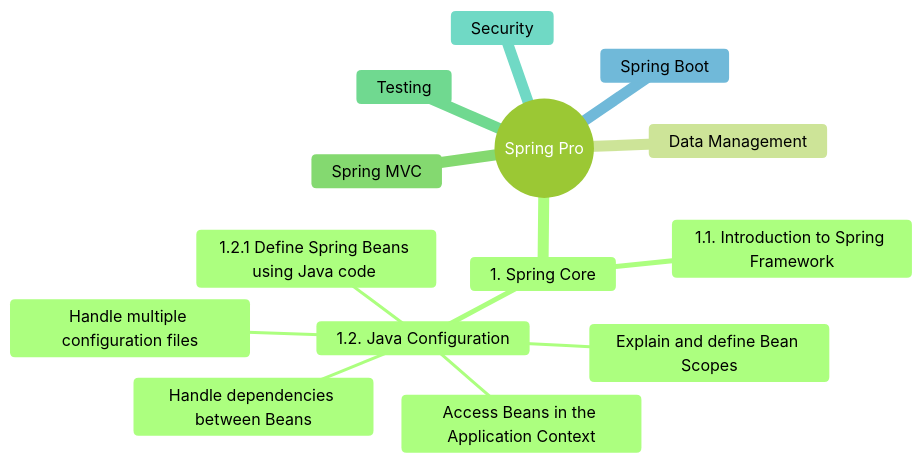
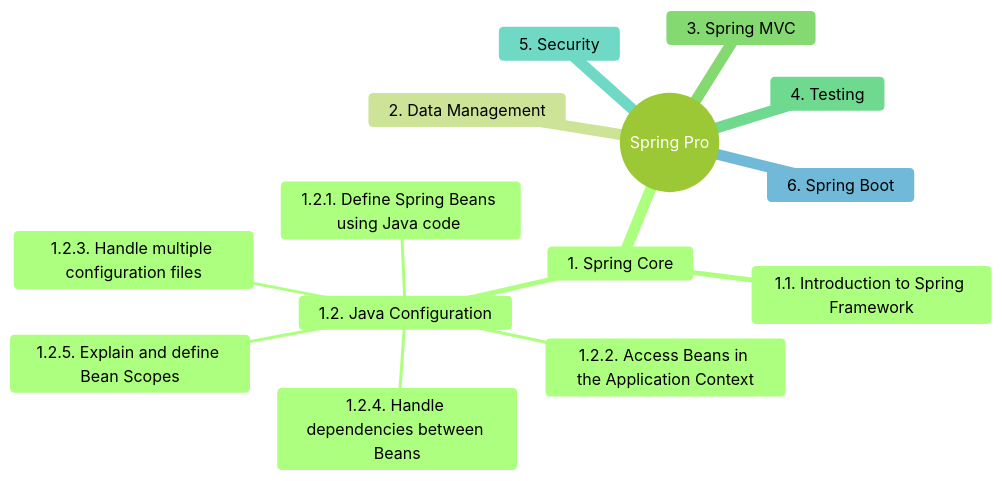
One commit to jrsmth/spring changed the diagram in README.md. Above: the diagram before and after it, drawn with Mermaid (forest theme). The commit also changed other lines of this file, not shown here.

Commit message:
[SCP-0] Revision set-up

````diff
--- a/README.md
+++ b/README.md
@@ -17,17 +20,17 @@
 ```mermaid
 mindmap
   root((Spring Pro))
     1. Spring Core
       1.1. Introduction to Spring Framework
       1.2. Java Configuration
-        1.2.1 Define Spring Beans using Java code 
-        Access Beans in the Application Context
-        Handle multiple configuration files
-        Handle dependencies between Beans
-        Explain and define Bean Scopes
-    Data Management
-    Spring MVC
-    Testing
-    Security
-    Spring Boot
+        1.2.1. Define Spring Beans using Java code 
+        1.2.2. Access Beans in the Application Context
+        1.2.3. Handle multiple configuration files
+        1.2.4. Handle dependencies between Beans
+        1.2.5. Explain and define Bean Scopes
+    2. Data Management
+    3. Spring MVC
+    4. Testing
+    5. Security
+    6. Spring Boot
 ```
````
